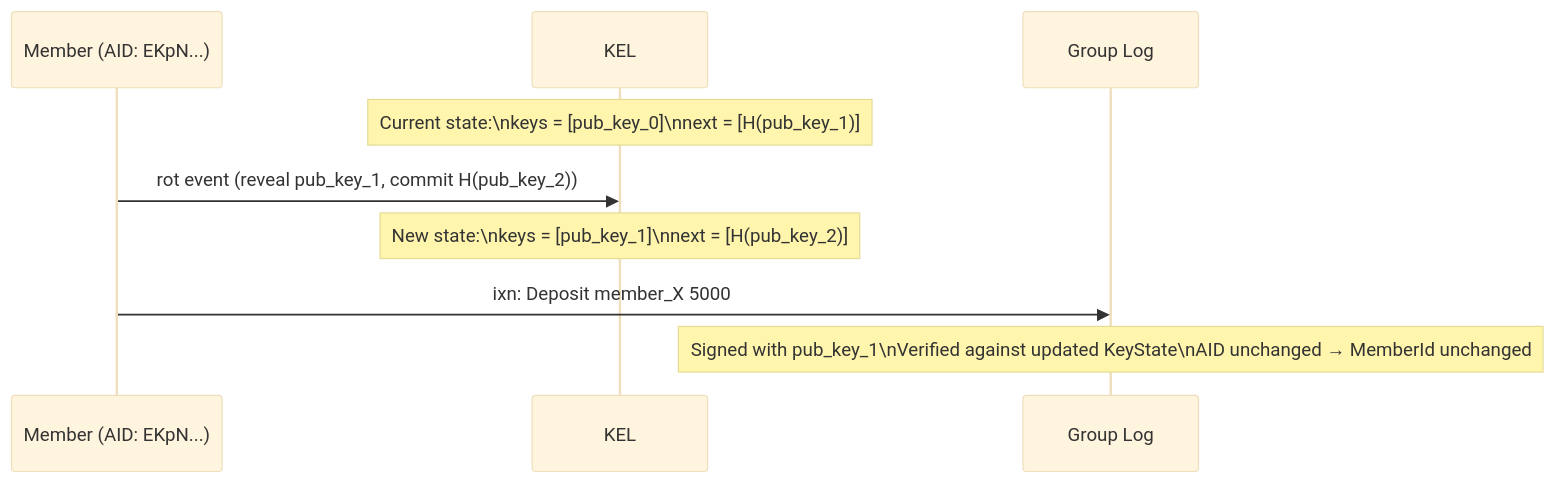
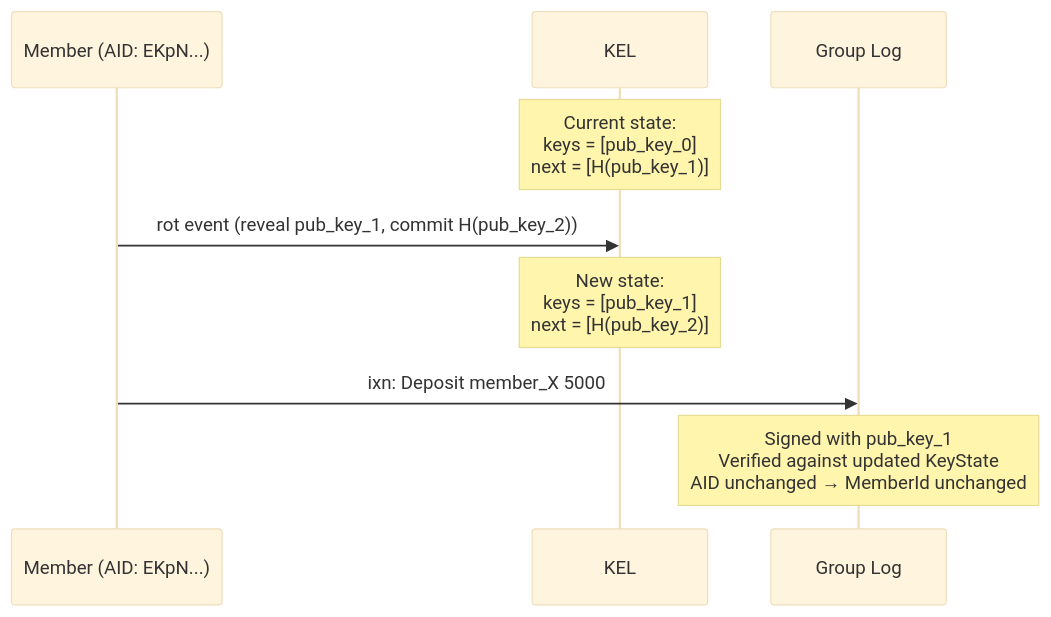
The seventh of 9 diagrams in docs/docs/keri-integration.md (paolino/keri-coop), drawn with Mermaid (base theme) before and after one commit. The commit also changed other lines of this file and 10 other files, not shown here.

````diff
--- a/docs/docs/keri-integration.md
+++ b/docs/docs/keri-integration.md
@@ -210,14 +210,14 @@
 ```mermaid
 sequenceDiagram
     participant M as Member (AID: EKpN...)
     participant K as KEL
     participant G as Group Log
 
-    Note over K: Current state:\nkeys = [pub_key_0]\nnext = [H(pub_key_1)]
+    Note over K: Current state:<br>keys = [pub_key_0]<br>next = [H(pub_key_1)]
 
     M->>K: rot event (reveal pub_key_1, commit H(pub_key_2))
-    Note over K: New state:\nkeys = [pub_key_1]\nnext = [H(pub_key_2)]
+    Note over K: New state:<br>keys = [pub_key_1]<br>next = [H(pub_key_2)]
 
     M->>G: ixn: Deposit member_X 5000
-    Note over G: Signed with pub_key_1\nVerified against updated KeyState\nAID unchanged → MemberId unchanged
+    Note over G: Signed with pub_key_1<br>Verified against updated KeyState<br>AID unchanged → MemberId unchanged
 ```
````
